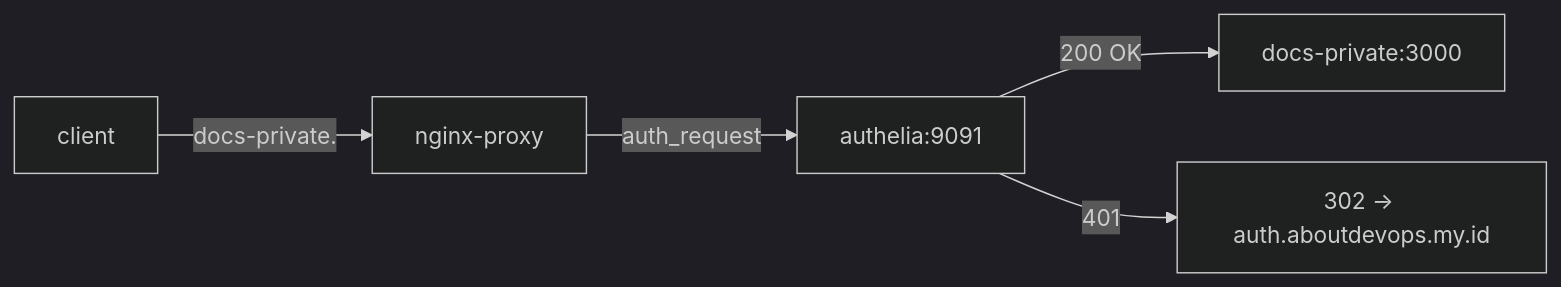
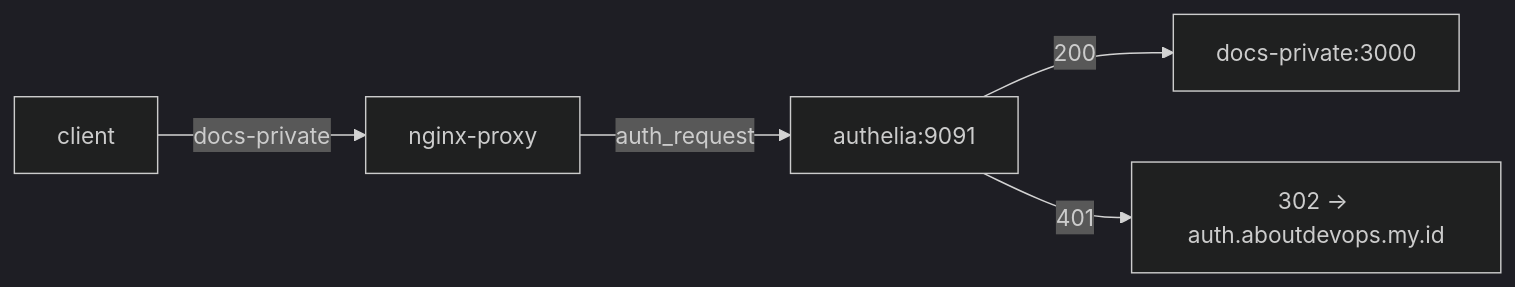
Before and after one commit to irfanrp/nginx-reverse-proxy: the second of 2 diagrams in README.md, drawn with Mermaid (dark theme). The commit also changed other lines of this file and 1 other file, not shown here.

````diff
--- a/README.md
+++ b/README.md
@@ -144,7 +115,7 @@
 ```mermaid
 flowchart LR
-  client["client"] -->|"docs-private."| nginx["nginx-proxy"]
+  client["client"] -->|"docs-private"| nginx["nginx-proxy"]
   nginx -->|"auth_request"| authelia["authelia:9091"]
-  authelia -->|"200 OK"| priv["docs-private:3000"]
-  authelia -->|"401"| redir["302 -> auth.aboutdevops.my.id"]
+  authelia -->|"200"| priv["docs-private:3000"]
+  authelia -->|"401"| redir["302 → auth.aboutdevops.my.id"]
 ```
````
